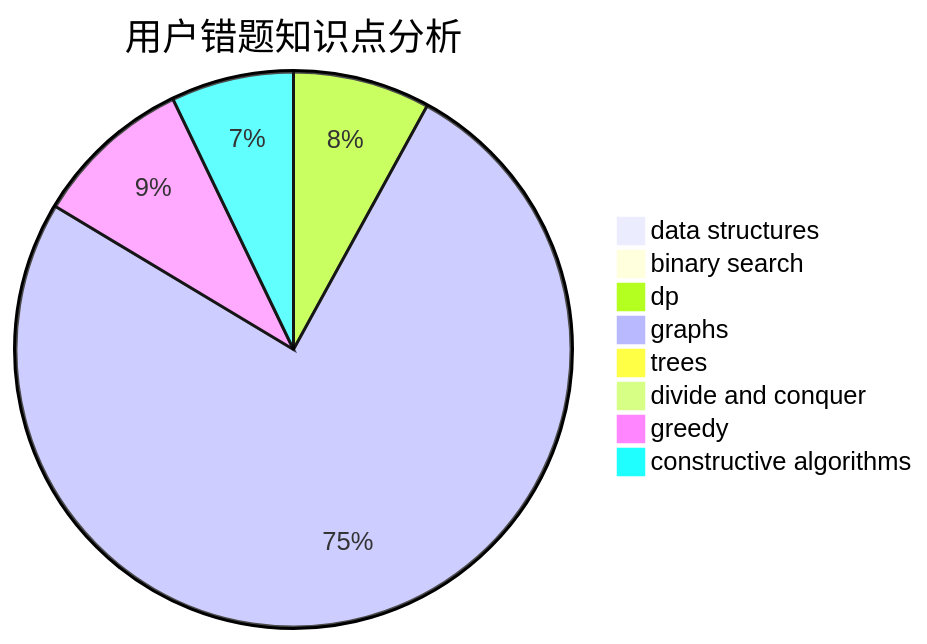
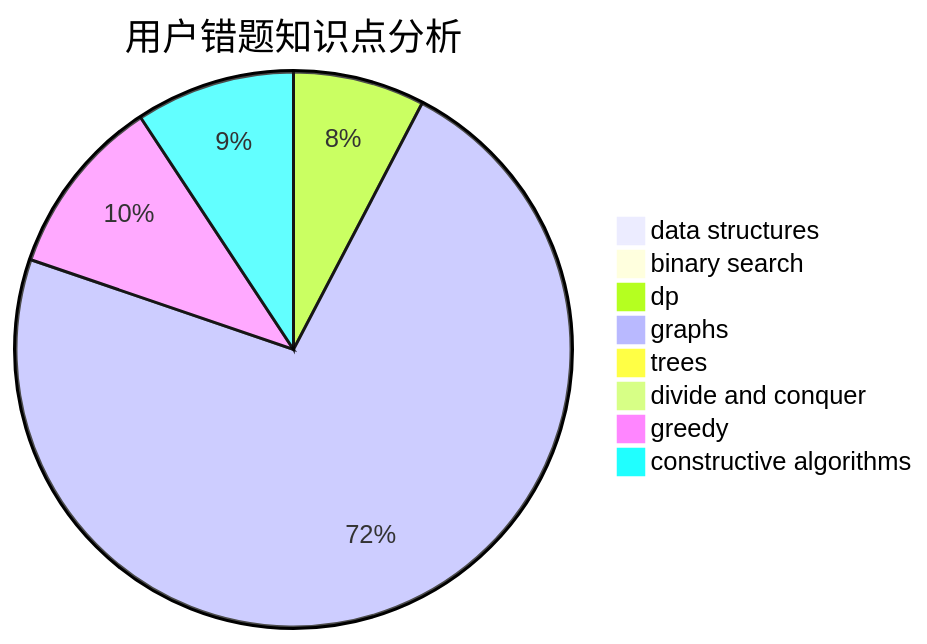
One commit to sherpahu/cfrs.github.io changed the third of 3 diagrams in docs/user/u876.md. Above: the diagram before and after it, drawn with Mermaid. The commit also changed other lines of this file and 2770 other files, not shown here.

````diff
--- a/docs/user/u876.md
+++ b/docs/user/u876.md
@@ -36,11 +36,11 @@
 ```mermaid
 pie title 用户错题知识点分析
     "data structures" :  1
     "binary search" :  0
     "dp" :  19
     "graphs" :  180
     "trees" :  0
     "divide and conquer" :  0
-    "greedy" :  22
-    "constructive algorithms" :  17
+    "greedy" :  26
+    "constructive algorithms" :  23
 ```
````
